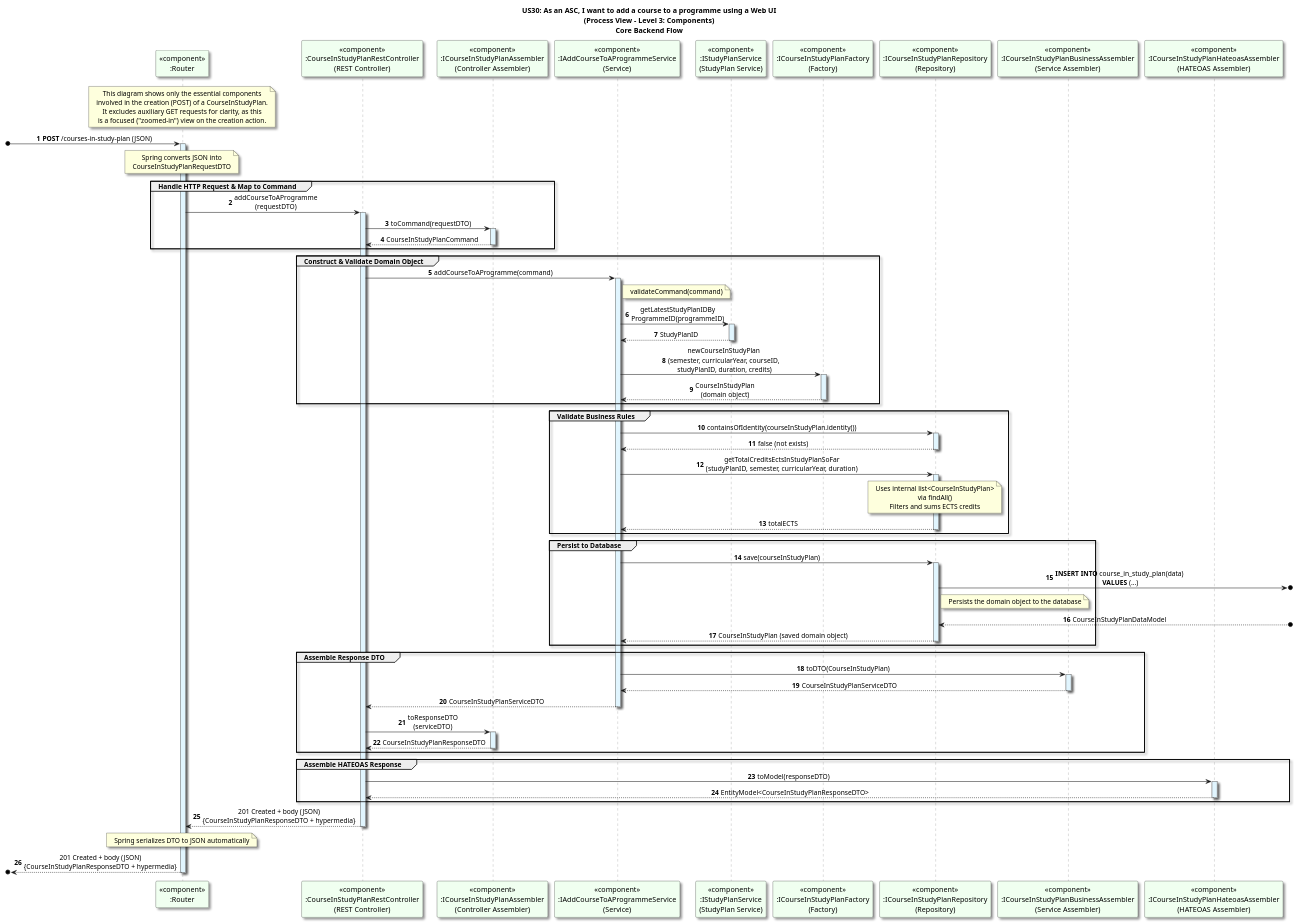
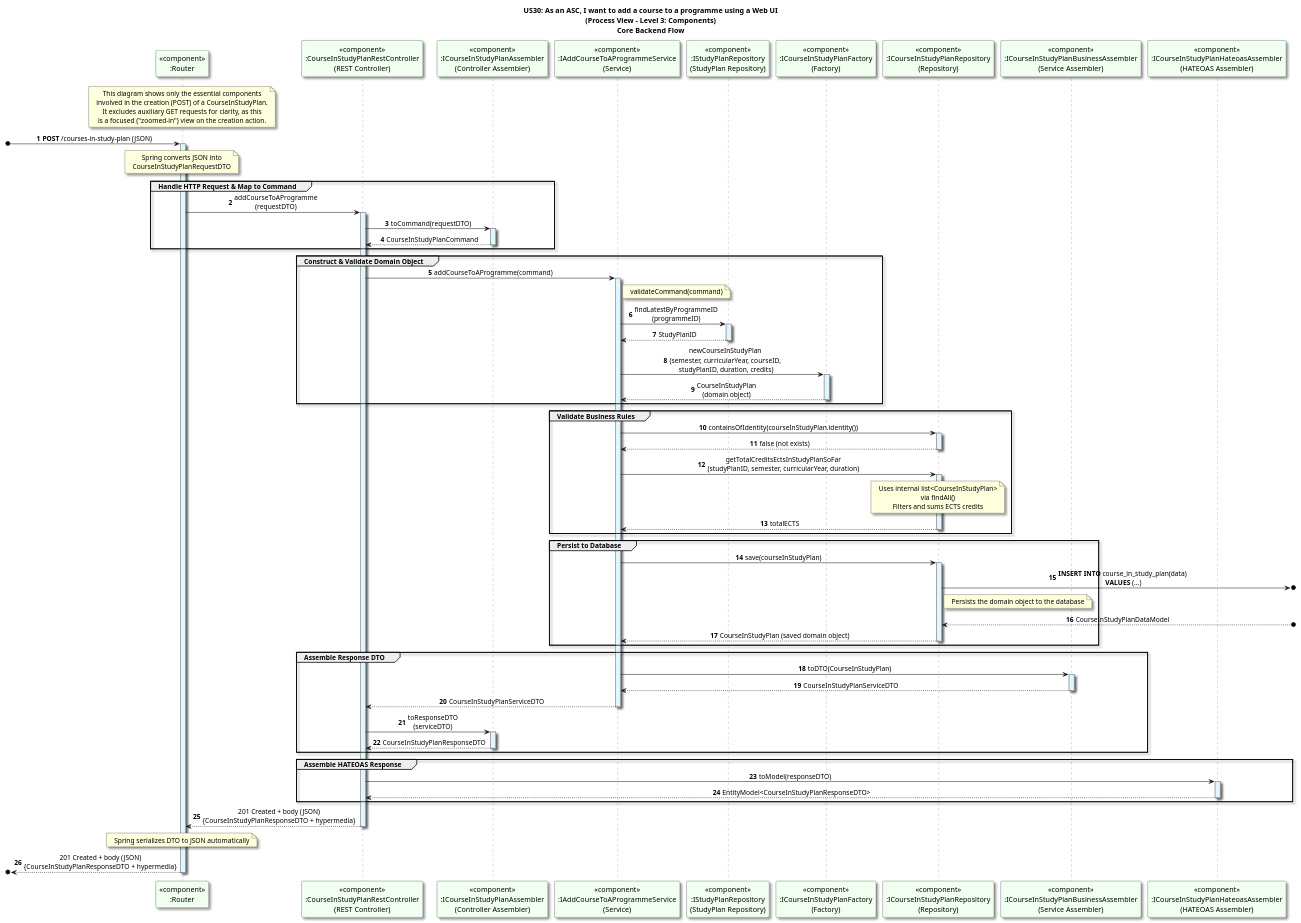
Before and after one commit to GasparISEP/DevOps-PAI: the diagram in docs/US30/Sprint_7/ProcessView/Level3_ComponentContext_Backend.puml, drawn with PlantUML. The commit also changed 7 other files, not shown here.

Commit message:
refactor(add-course-to-a-programme-service): remove service-level dependency by moving latest StudyPlanID retrieval logic from StudyPlanService to repository; AddCourseToAProgrammeService now depends only on repository (refs: #702, #784)

```diff
--- a/docs/US30/Sprint_7/ProcessView/Level3_ComponentContext_Backend.puml
+++ b/docs/US30/Sprint_7/ProcessView/Level3_ComponentContext_Backend.puml
@@ -1,127 +1,127 @@
 @startuml
 title: US30: As an ASC, I want to add a course to a programme using a Web UI\n(Process View - Level 3: Components)\nCore Backend Flow
 autonumber
 
 skinparam {
   ActivityPadding 2
   ActivityMargin 2
   BoxPadding 2
 }
 skinparam sequence {
     LifeLineBorderColor Grey
     LifeLineBackgroundColor #E1F5FE
 }
 skinparam defaultTextAlignment center
 skinparam shadowing true
 
 participant "<<component>>\n:Router" as Router #honeydew
 participant "<<component>>\n:CourseInStudyPlanRestController\n(REST Controller)" as Controller #honeydew
 participant "<<component>>\n:ICourseInStudyPlanAssembler\n(Controller Assembler)" as Assembler #honeydew
 participant "<<component>>\n:IAddCourseToAProgrammeService\n(Service)" as Service #honeydew
-participant "<<component>>\n:IStudyPlanService\n(StudyPlan Service)" as StudyPlanService #honeydew
+participant "<<component>>\n:IStudyPlanRepository\n(StudyPlan Repository)" as StudyPlanRepository #honeydew
 participant "<<component>>\n:ICourseInStudyPlanFactory\n(Factory)" as Factory #honeydew
 participant "<<component>>\n:ICourseInStudyPlanRepository\n(Repository)" as Repository #honeydew
 participant "<<component>>\n:ICourseInStudyPlanBusinessAssembler\n(Service Assembler)" as BAssembler #honeydew
 participant "<<component>>\n:ICourseInStudyPlanHateoasAssembler\n(HATEOAS Assembler)" as HateoasAssembler #honeydew
 
 note over Router
 This diagram shows only the essential components
 involved in the creation (POST) of a CourseInStudyPlan.
 It excludes auxiliary GET requests for clarity, as this
 is a focused ("zoomed-in") view on the creation action.
 end note
 
 [o-> Router: **POST** /courses-in-study-plan (JSON)
 activate Router
 note over Router
 Spring converts JSON into
 CourseInStudyPlanRequestDTO
 end note
 group Handle HTTP Request & Map to Command
 Router -> Controller: addCourseToAProgramme\n(requestDTO)
 activate Controller
 
 
 Controller -> Assembler: toCommand(requestDTO)
 activate Assembler
 Assembler --> Controller: CourseInStudyPlanCommand
 deactivate Assembler
 end group
 
 group Construct & Validate Domain Object
 Controller -> Service: addCourseToAProgramme(command)
 activate Service
 note right of Service: validateCommand(command)
-Service -> StudyPlanService: getLatestStudyPlanIDBy\nProgrammeID(programmeID)
-activate StudyPlanService
-StudyPlanService --> Service: StudyPlanID
-deactivate StudyPlanService
+Service -> StudyPlanRepository: findLatestByProgrammeID\n(programmeID)
+activate StudyPlanRepository
+StudyPlanRepository --> Service: StudyPlanID
+deactivate StudyPlanRepository
 
 Service -> Factory: newCourseInStudyPlan\n(semester, curricularYear, courseID,\n studyPlanID, duration, credits)
 activate Factory
 
 Factory --> Service: CourseInStudyPlan\n(domain object)
 deactivate Factory
 end
 
 group Validate Business Rules
 Service -> Repository: containsOfIdentity(courseInStudyPlan.identity())
 activate Repository
 Repository --> Service: false (not exists)
 deactivate Repository
 
 Service -> Repository: getTotalCreditsEctsInStudyPlanSoFar\n(studyPlanID, semester, curricularYear, duration)
 activate Repository
 note over Repository
 Uses internal list<CourseInStudyPlan>
 via findAll()
 Filters and sums ECTS credits
 end note
 Repository --> Service: totalECTS
 deactivate Repository
 end group
 
 group Persist to Database
 Service -> Repository: save(courseInStudyPlan)
 activate Repository
 
 Repository ->o]: **INSERT INTO** course_in_study_plan(data)\n **VALUES** (...)
 note right of Repository
 Persists the domain object to the database
 end note
 Repository <--o]: CourseInStudyPlanDataModel
 
 Repository --> Service: CourseInStudyPlan (saved domain object)
 deactivate Repository
 end group
 
 group Assemble Response DTO
 Service -> BAssembler: toDTO(CourseInStudyPlan)
 activate BAssembler
 BAssembler --> Service: CourseInStudyPlanServiceDTO
 deactivate BAssembler
 Service --> Controller: CourseInStudyPlanServiceDTO
 deactivate Service
 
     Controller -> Assembler: toResponseDTO\n(serviceDTO)
     activate Assembler
     Assembler --> Controller: CourseInStudyPlanResponseDTO
     deactivate Assembler
     end group
 
     group Assemble HATEOAS Response
     Controller -> HateoasAssembler: toModel(responseDTO)
     activate HateoasAssembler
     HateoasAssembler --> Controller: EntityModel<CourseInStudyPlanResponseDTO>
     deactivate HateoasAssembler
     end group
     Controller --> Router: 201 Created + body (JSON)\n{CourseInStudyPlanResponseDTO + hypermedia}
 
 note over Router: Spring serializes DTO to JSON automatically
 
 
 deactivate Controller
 
 [o<-- Router: 201 Created + body (JSON)\n{CourseInStudyPlanResponseDTO + hypermedia}
 deactivate Router
 @enduml
```
